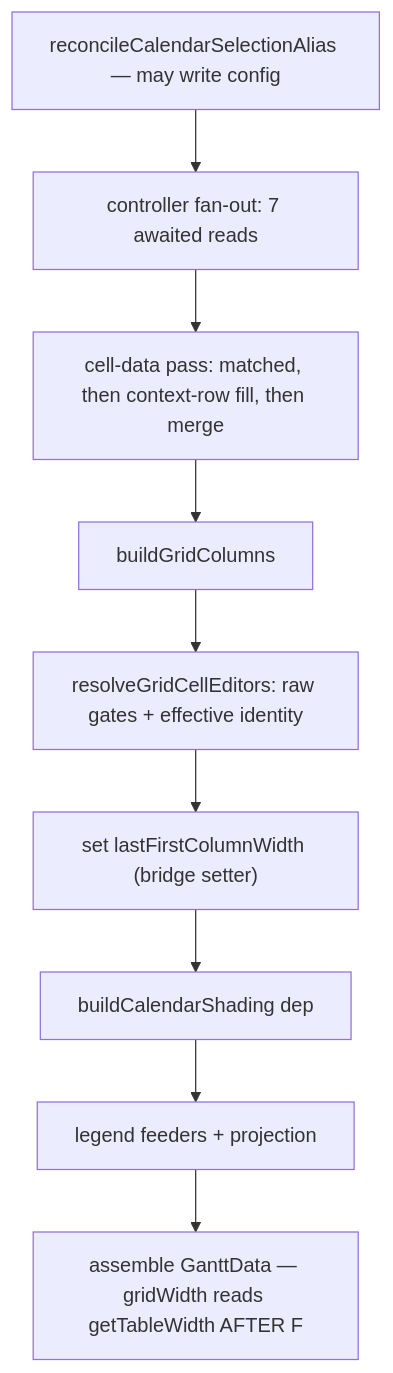
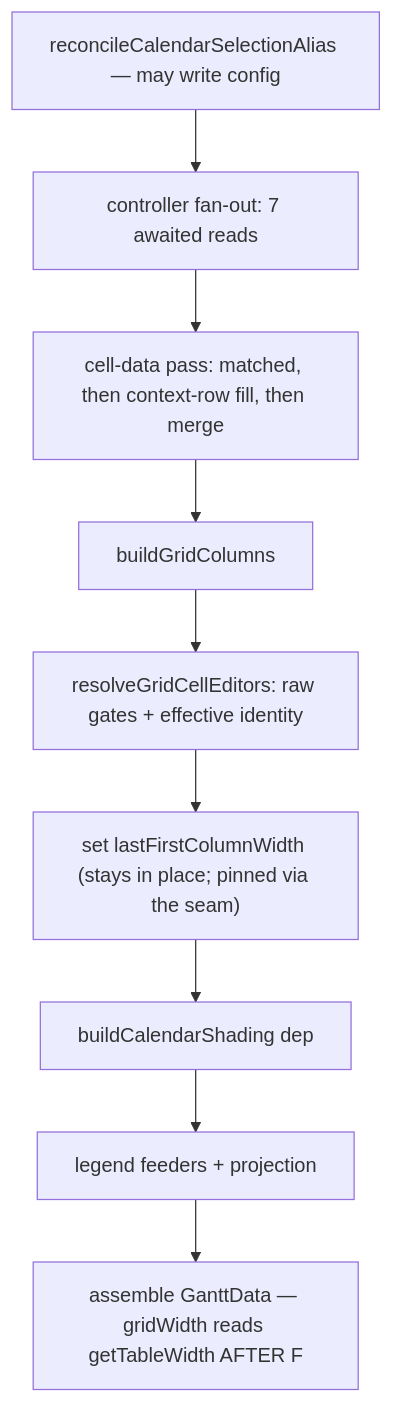
One commit to renatomen/tasknotes-gantt changed the second of 2 diagrams in docs/plans/2026-08-29-001-refactor-register-render-data-extraction-plan.md. Above: the diagram before and after it, drawn with Mermaid. The commit also changed other lines of this file, not shown here.

````diff
--- a/docs/plans/2026-08-29-001-refactor-register-render-data-extraction-plan.md
+++ b/docs/plans/2026-08-29-001-refactor-register-render-data-extraction-plan.md
@@ -165,9 +191,9 @@
 ```mermaid
 flowchart TB
   A[reconcileCalendarSelectionAlias — may write config] --> B[controller fan-out: 7 awaited reads]
   B --> C[cell-data pass: matched, then context-row fill, then merge]
   C --> D[buildGridColumns] --> E[resolveGridCellEditors: raw gates + effective identity]
-  E --> F["set lastFirstColumnWidth (bridge setter)"]
+  E --> F["set lastFirstColumnWidth (stays in place; pinned via the seam)"]
   F --> G[buildCalendarShading dep] --> H[legend feeders + projection]
   H --> I["assemble GanttData — gridWidth reads getTableWidth AFTER F"]
 ```
````
